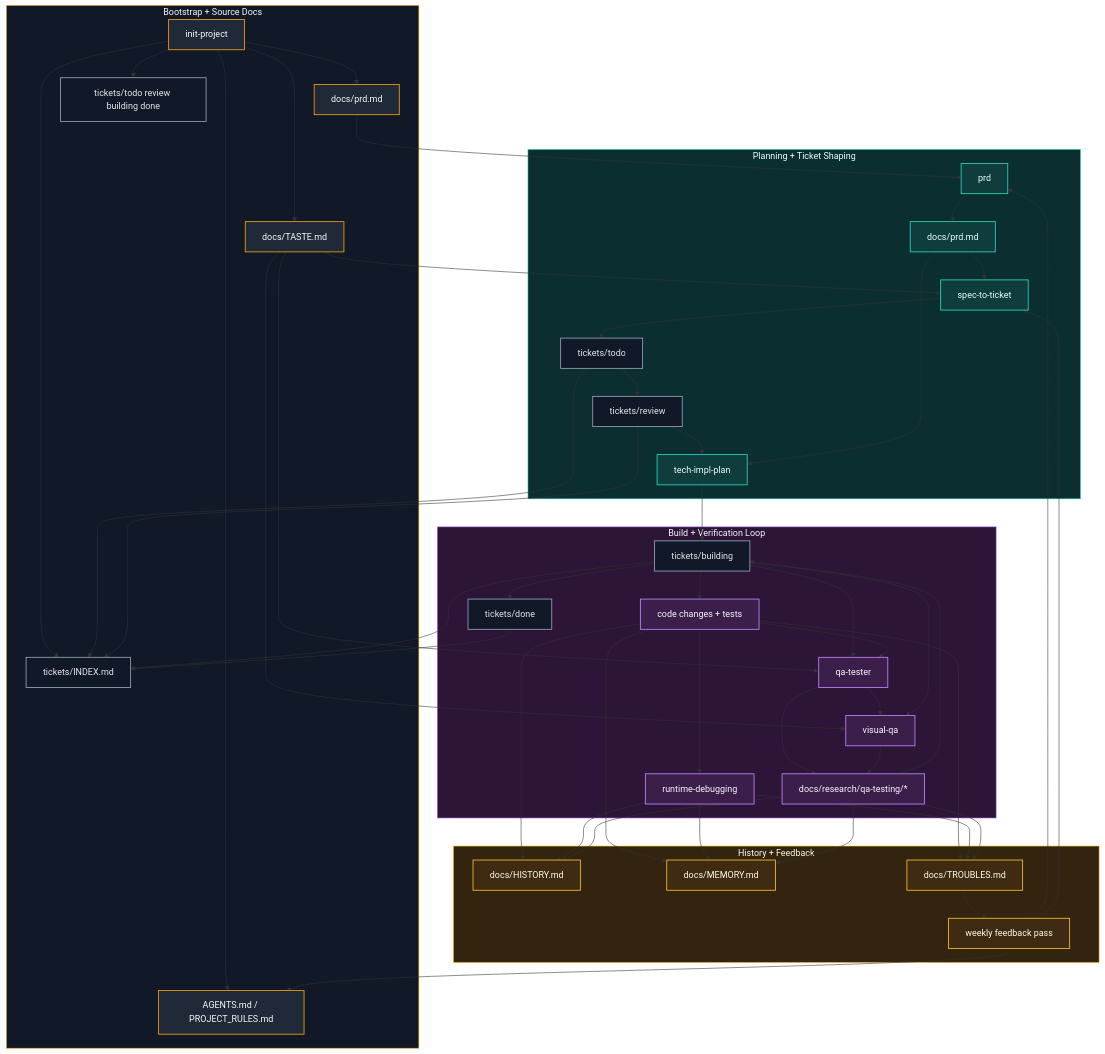
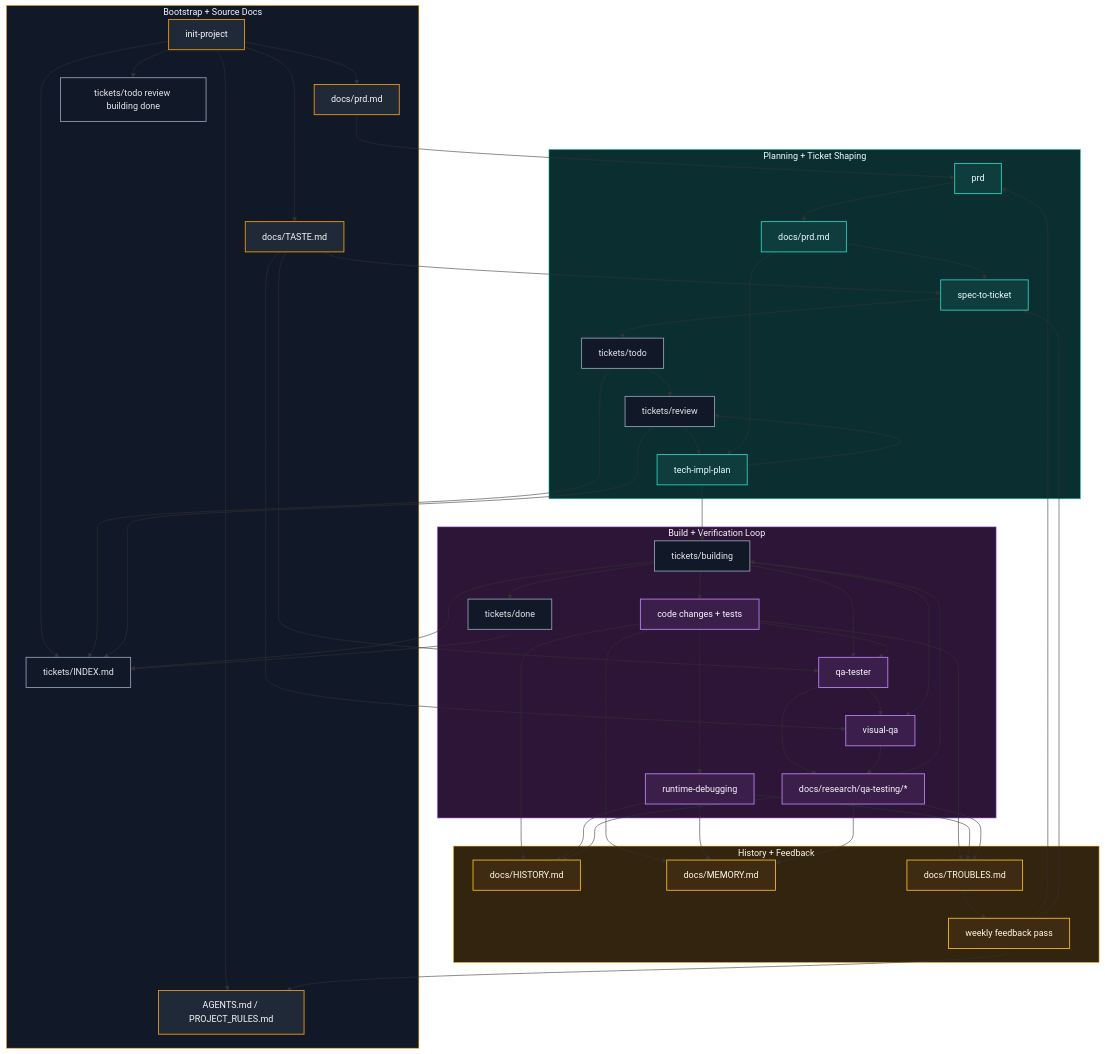
One commit to ZanarkandTechnologies/Gillfoy changed the diagram in README.md. Above: the diagram before and after it, drawn with Mermaid. The commit also changed other lines of this file and 6 other files, not shown here.

Commit message:
refactor(planning): harden ticket-first plan flow

```diff
--- a/README.md
+++ b/README.md
@@ -61,6 +61,7 @@
 
     H --> R
     R --> I
+    I --> R
     F --> I
     I --> BLD
     H --> IDX
```
